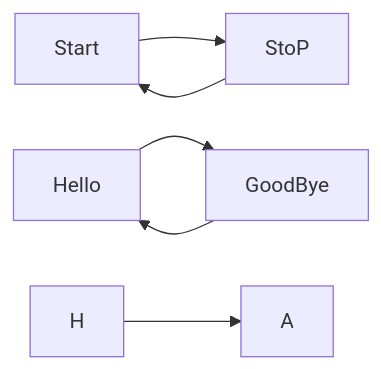
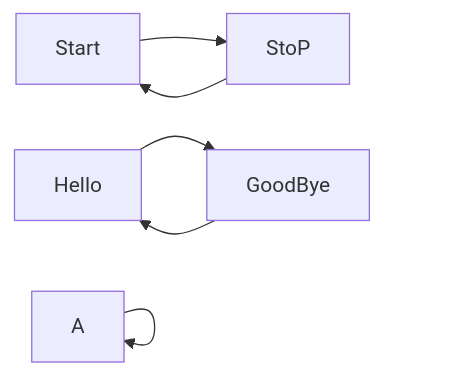
One commit to NU-Teams/TEST-MERMAIDJS-ACTION changed the diagram in README.md. Above: the diagram before and after it, drawn with Mermaid. The commit also changed 1 other file, not shown here.

````diff
--- a/README.md
+++ b/README.md
@@ -7,9 +7,9 @@
 ```mermaid
 flowchart LR
     Start --> StoP
     StoP --> Start
     Hello --> GoodBye
     GoodBye --> Hello
-    H --> A
+    A --> A
     
 ```
````
